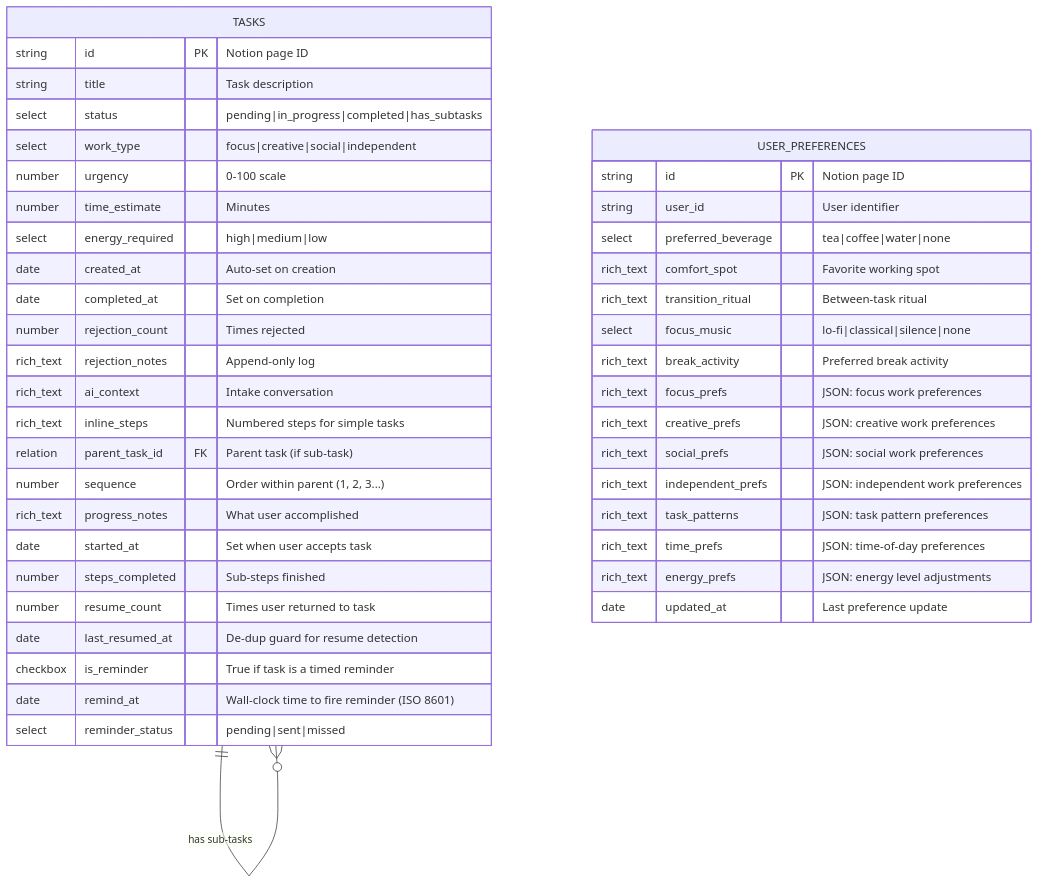
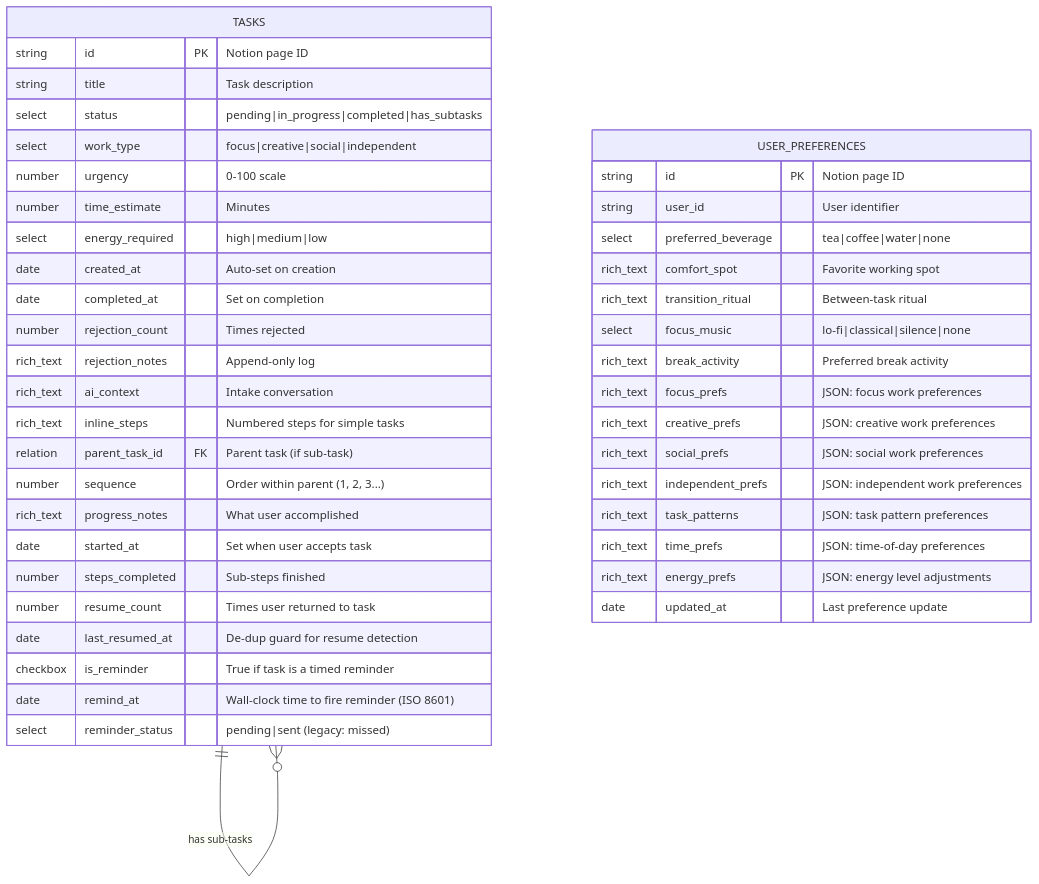
The first of 18 diagrams in docs/notion-schema.md (NickBorgersProbably/hide-my-list), drawn with Mermaid before and after one commit. The commit also changed other lines of this file and 12 other files, not shown here.

Commit message:
Remove missed reminder framing

````diff
--- a/docs/notion-schema.md
+++ b/docs/notion-schema.md
@@ -14,48 +14,48 @@
 ```mermaid
 erDiagram
     TASKS {
         string id PK "Notion page ID"
         string title "Task description"
         select status "pending|in_progress|completed|has_subtasks"
         select work_type "focus|creative|social|independent"
         number urgency "0-100 scale"
         number time_estimate "Minutes"
         select energy_required "high|medium|low"
         date created_at "Auto-set on creation"
         date completed_at "Set on completion"
         number rejection_count "Times rejected"
         rich_text rejection_notes "Append-only log"
         rich_text ai_context "Intake conversation"
         rich_text inline_steps "Numbered steps for simple tasks"
         relation parent_task_id FK "Parent task (if sub-task)"
         number sequence "Order within parent (1, 2, 3...)"
         rich_text progress_notes "What user accomplished"
         date started_at "Set when user accepts task"
         number steps_completed "Sub-steps finished"
         number resume_count "Times user returned to task"
         date last_resumed_at "De-dup guard for resume detection"
         checkbox is_reminder "True if task is a timed reminder"
         date remind_at "Wall-clock time to fire reminder (ISO 8601)"
-        select reminder_status "pending|sent|missed"
+        select reminder_status "pending|sent (legacy: missed)"
     }
 
     USER_PREFERENCES {
         string id PK "Notion page ID"
         string user_id "User identifier"
         select preferred_beverage "tea|coffee|water|none"
         rich_text comfort_spot "Favorite working spot"
         rich_text transition_ritual "Between-task ritual"
         select focus_music "lo-fi|classical|silence|none"
         rich_text break_activity "Preferred break activity"
         rich_text focus_prefs "JSON: focus work preferences"
         rich_text creative_prefs "JSON: creative work preferences"
         rich_text social_prefs "JSON: social work preferences"
         rich_text independent_prefs "JSON: independent work preferences"
         rich_text task_patterns "JSON: task pattern preferences"
         rich_text time_prefs "JSON: time-of-day preferences"
         rich_text energy_prefs "JSON: energy level adjustments"
         date updated_at "Last preference update"
     }
 
     TASKS ||--o{ TASKS : "has sub-tasks"
 ```
````
